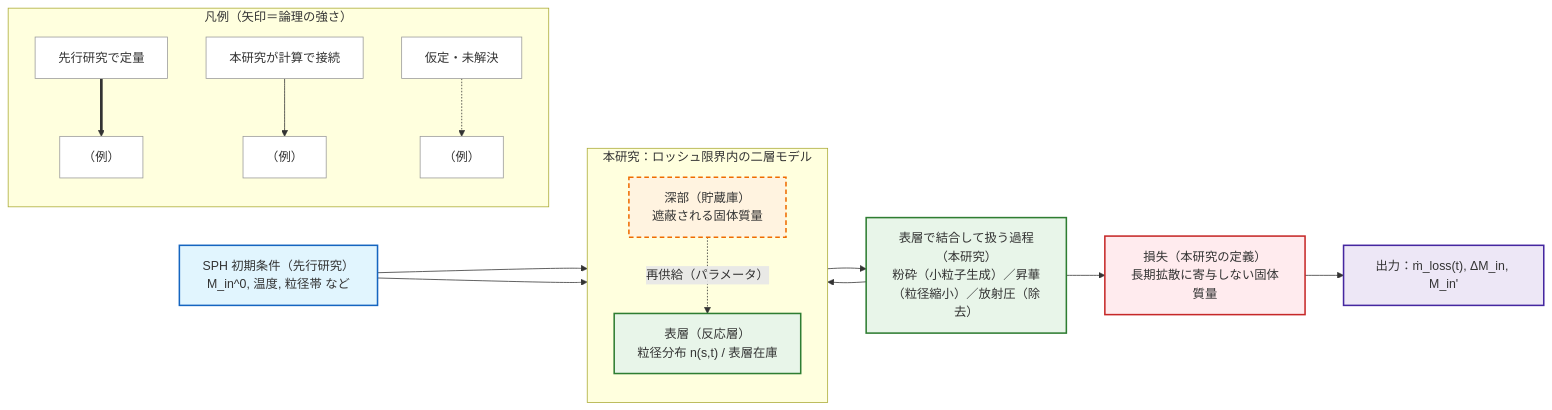
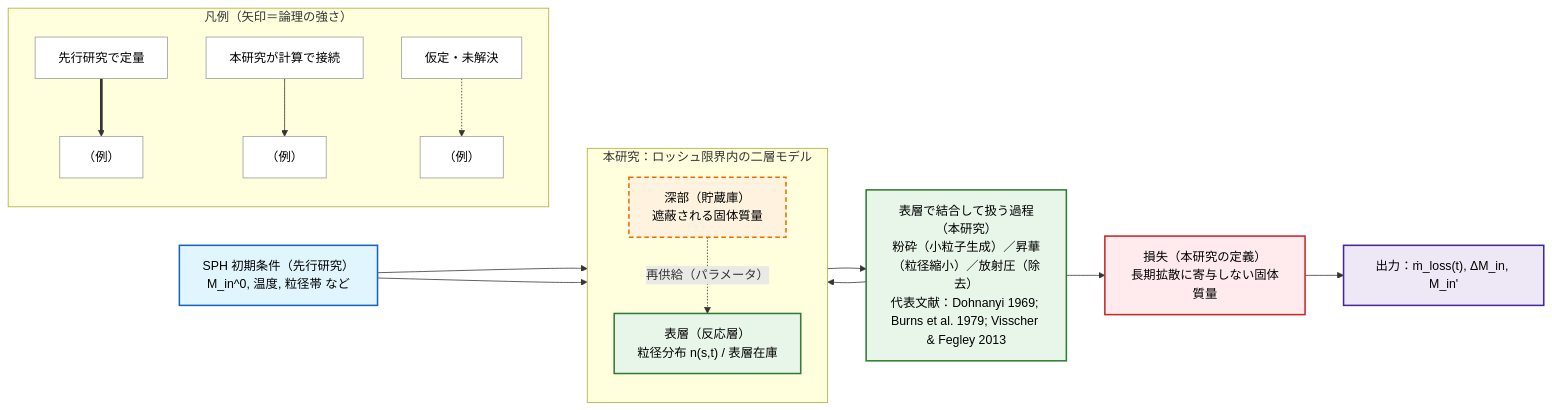
The second of 3 diagrams in analysis/introduction.md (Einfeld686/MarsDiskSimulation), drawn with Mermaid before and after one commit. The commit also changed other lines of this file, not shown here.

````diff
--- a/analysis/introduction.md
+++ b/analysis/introduction.md
@@ -126,35 +132,35 @@
 ```mermaid
 flowchart LR
-    classDef prior fill:#e1f5fe,stroke:#1565c0,stroke-width:2px;
-    classDef assume fill:#fff3e0,stroke:#ef6c00,stroke-width:2px,stroke-dasharray: 6 4;
-    classDef this fill:#e8f5e9,stroke:#2e7d32,stroke-width:2px;
-    classDef out fill:#ede7f6,stroke:#4527a0,stroke-width:2px;
-    classDef sink fill:#ffebee,stroke:#c62828,stroke-width:2px;
-    classDef legend fill:#ffffff,stroke:#999,stroke-width:1px;
+    classDef prior fill:#e1f5fe,stroke:#1565c0,stroke-width:2px,color:#000;
+    classDef assume fill:#fff3e0,stroke:#ef6c00,stroke-width:2px,stroke-dasharray: 6 4,color:#000;
+    classDef this fill:#e8f5e9,stroke:#2e7d32,stroke-width:2px,color:#000;
+    classDef out fill:#ede7f6,stroke:#4527a0,stroke-width:2px,color:#000;
+    classDef sink fill:#ffebee,stroke:#c62828,stroke-width:2px,color:#000;
+    classDef legend fill:#ffffff,stroke:#999,stroke-width:1px,color:#000;
 
     subgraph LEG["凡例（矢印＝論理の強さ）"]
       direction TB
       LG1["先行研究で定量"]:::legend ==> LG2["（例）"]:::legend
       LG3["本研究が計算で接続"]:::legend --> LG4["（例）"]:::legend
       LG5["仮定・未解決"]:::legend -.-> LG6["（例）"]:::legend
     end
 
     IN["SPH 初期条件（先行研究）<br/>M_in^0, 温度, 粒径帯 など"]:::prior
 
     subgraph DISK["本研究：ロッシュ限界内の二層モデル"]
       direction TB
       DEEP["深部（貯蔵庫）<br/>遮蔽される固体質量"]:::assume
       SURF["表層（反応層）<br/>粒径分布 n(s,t) / 表層在庫"]:::this
       DEEP -.->|再供給（パラメータ）| SURF
     end
 
-    PROC["表層で結合して扱う過程（本研究）<br/>粉砕（小粒子生成）／昇華（粒径縮小）／放射圧（除去）"]:::this
+    PROC["表層で結合して扱う過程（本研究）<br/>粉砕（小粒子生成）／昇華（粒径縮小）／放射圧（除去）<br/>代表文献：Dohnanyi 1969; Burns et al. 1979; Visscher & Fegley 2013"]:::this
     LOSS["損失（本研究の定義）<br/>長期拡散に寄与しない固体質量"]:::sink
     OUT["出力：ṁ_loss(t), ΔM_in, M_in'"]:::out
 
     IN --> DEEP
     IN --> SURF
     SURF --> PROC --> SURF
     PROC --> LOSS
     LOSS --> OUT
 ```
````
